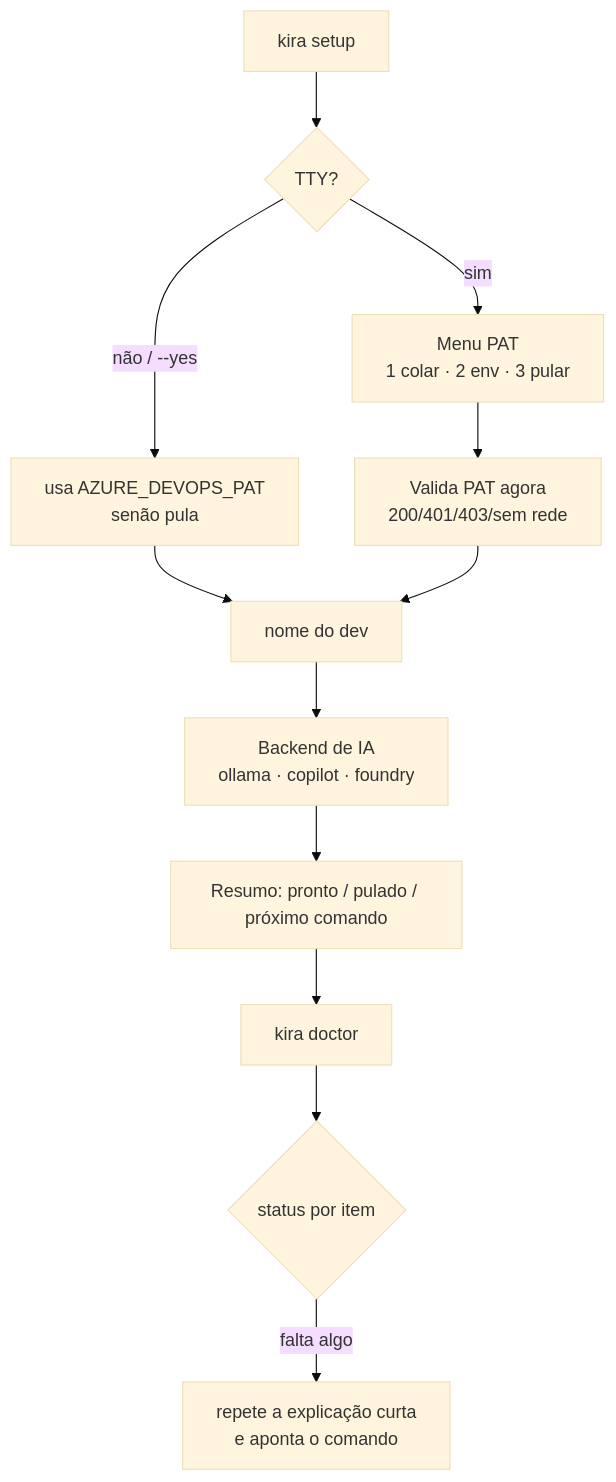
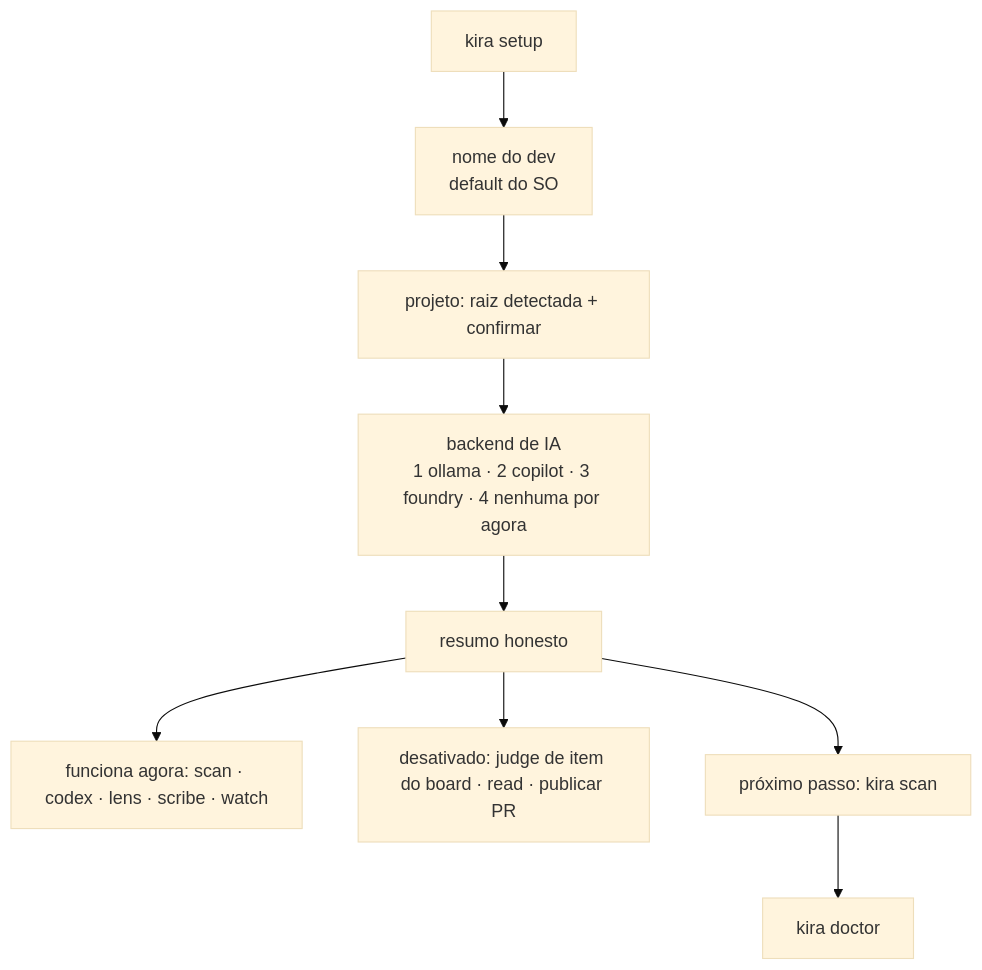
Before and after one commit to sergingroisman/kira: the second of 3 diagrams in docs/kira-jornadas.md, drawn with Mermaid (base theme). The commit also changed other lines of this file and 3 other files, not shown here.

````diff
--- a/docs/kira-jornadas.md
+++ b/docs/kira-jornadas.md
@@ -34,14 +59,11 @@
 ```mermaid
 flowchart TD
-  A[kira setup] --> B{TTY?}
-  B -->|sim| C[Menu PAT<br/>1 colar · 2 env · 3 pular]
-  B -->|não / --yes| D[usa AZURE_DEVOPS_PAT<br/>senão pula]
-  C --> E[Valida PAT agora<br/>200/401/403/sem rede]
-  D --> F[nome do dev]
-  E --> F
-  F --> G[Backend de IA<br/>ollama · copilot · foundry]
-  G --> H[Resumo: pronto / pulado / próximo comando]
+  A[kira setup] --> B[nome do dev<br/>default do SO]
+  B --> C[projeto: raiz detectada + confirmar]
+  C --> D[backend de IA<br/>1 ollama · 2 copilot · 3 foundry · 4 nenhuma por agora]
+  D --> E[resumo honesto]
+  E --> F[funciona agora: scan · codex · lens · scribe · watch]
+  E --> G[desativado: judge de item do board · read · publicar PR]
+  E --> H[próximo passo: kira scan]
   H --> I[kira doctor]
-  I --> J{status por item}
-  J -->|falta algo| K[repete a explicação curta<br/>e aponta o comando]
 ```
````
